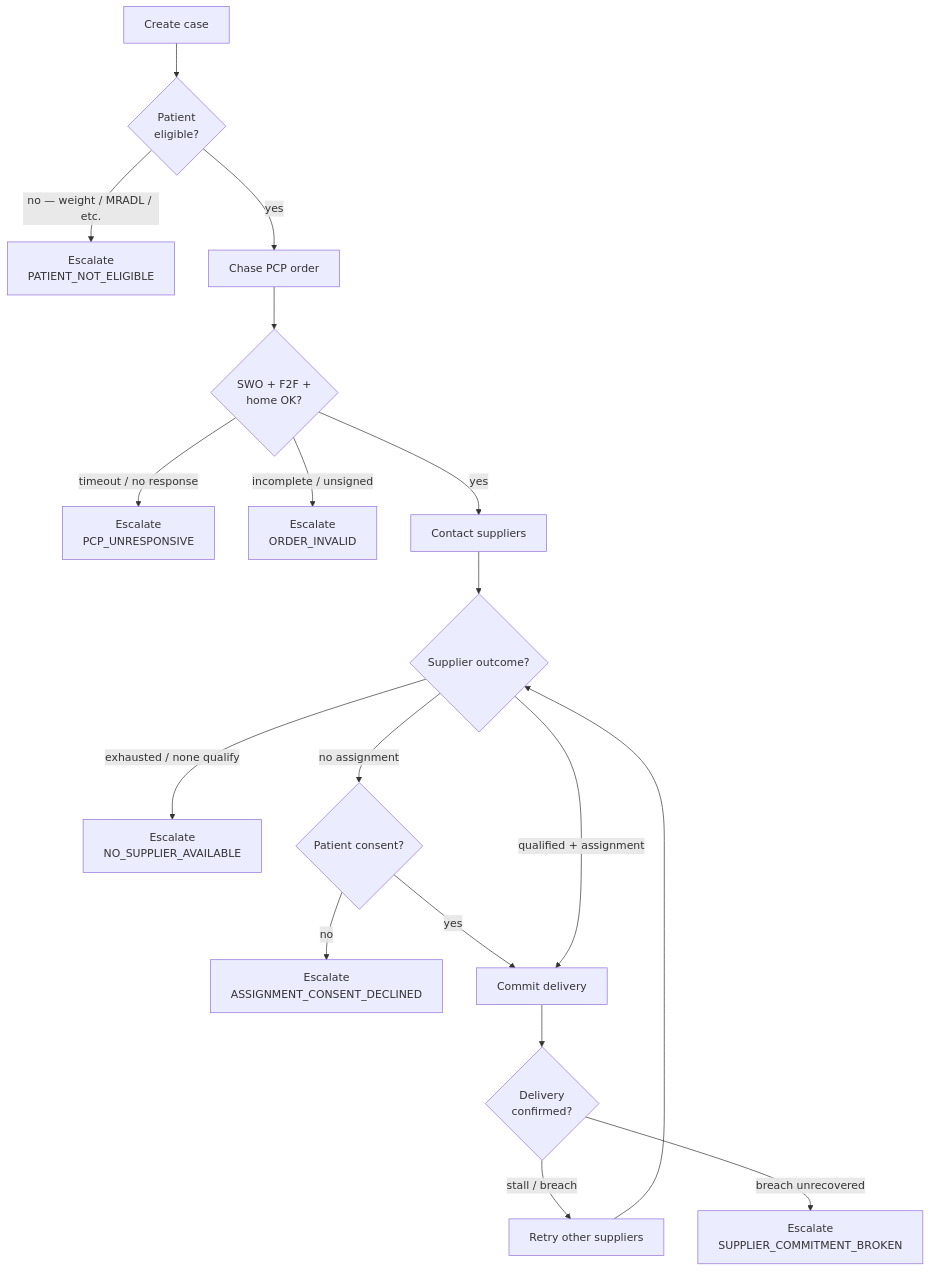
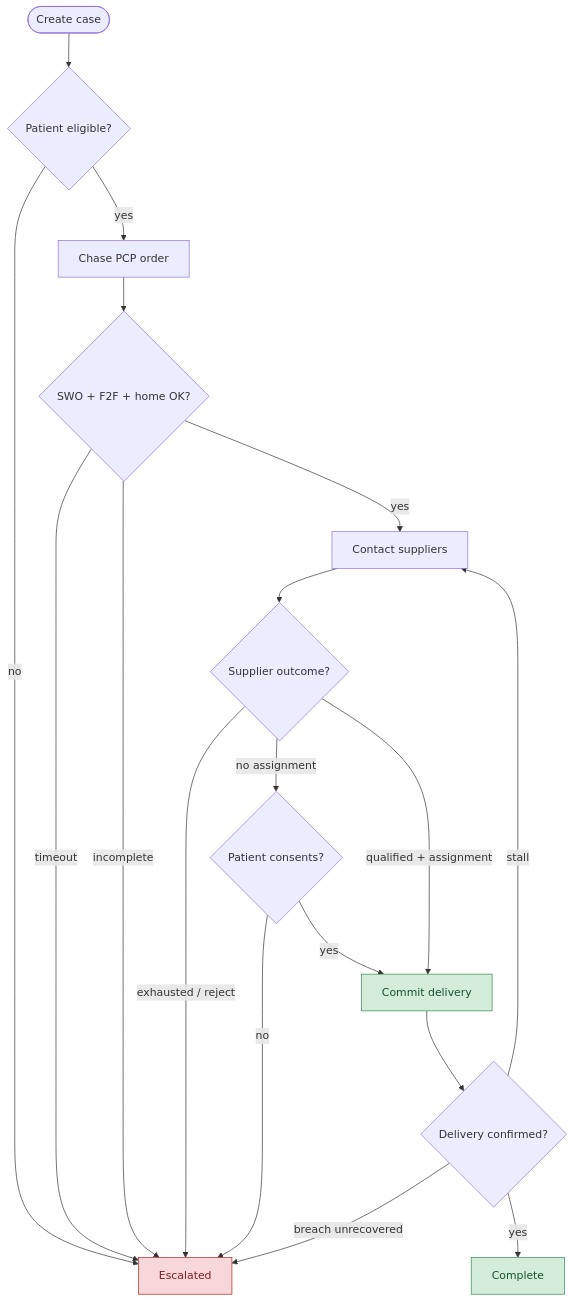
The third of 3 diagrams in README.md (Mycodek/miramace_dme_coordination), drawn with Mermaid before and after one commit. The commit also changed other lines of this file, not shown here.

````diff
--- a/README.md
+++ b/README.md
@@ -84,20 +84,25 @@
 ```mermaid
 flowchart TB
-  A[Create case] --> B{Patient<br/>eligible?}
-  B -->|no — weight / MRADL / etc.| Z[Escalate<br/>PATIENT_NOT_ELIGIBLE]
+  A([Create case]) --> B{Patient eligible?}
+  B -->|no| X[Escalated]
   B -->|yes| C[Chase PCP order]
-  C --> D{SWO + F2F +<br/>home OK?}
-  D -->|timeout / no response| Z2[Escalate<br/>PCP_UNRESPONSIVE]
-  D -->|incomplete / unsigned| Z3[Escalate<br/>ORDER_INVALID]
+  C --> D{SWO + F2F + home OK?}
+  D -->|timeout| X
+  D -->|incomplete| X
   D -->|yes| E[Contact suppliers]
   E --> F{Supplier outcome?}
-  F -->|exhausted / none qualify| Z4[Escalate<br/>NO_SUPPLIER_AVAILABLE]
-  F -->|no assignment| G{Patient consent?}
-  G -->|no| Z5[Escalate<br/>ASSIGNMENT_CONSENT_DECLINED]
+  F -->|exhausted / reject| X
+  F -->|no assignment| G{Patient consents?}
+  G -->|no| X
   G -->|yes| H[Commit delivery]
   F -->|qualified + assignment| H
-  H --> I{Delivery<br/>confirmed?}
-  I -->|stall / breach| R[Retry other suppliers]
-  R --> F
-  I -->|breach unrecovered| Z6[Escalate<br/>SUPPLIER_COMMITMENT_BROKEN]
+  H --> I{Delivery confirmed?}
+  I -->|stall| E
+  I -->|breach unrecovered| X
+  I -->|yes| J[Complete]
+
+  classDef ok fill:#d4edda,stroke:#2d8a4e,color:#14532d
+  classDef bad fill:#f8d7da,stroke:#b42318,color:#7f1d1d
+  class H,J ok
+  class X bad
 ```
````
